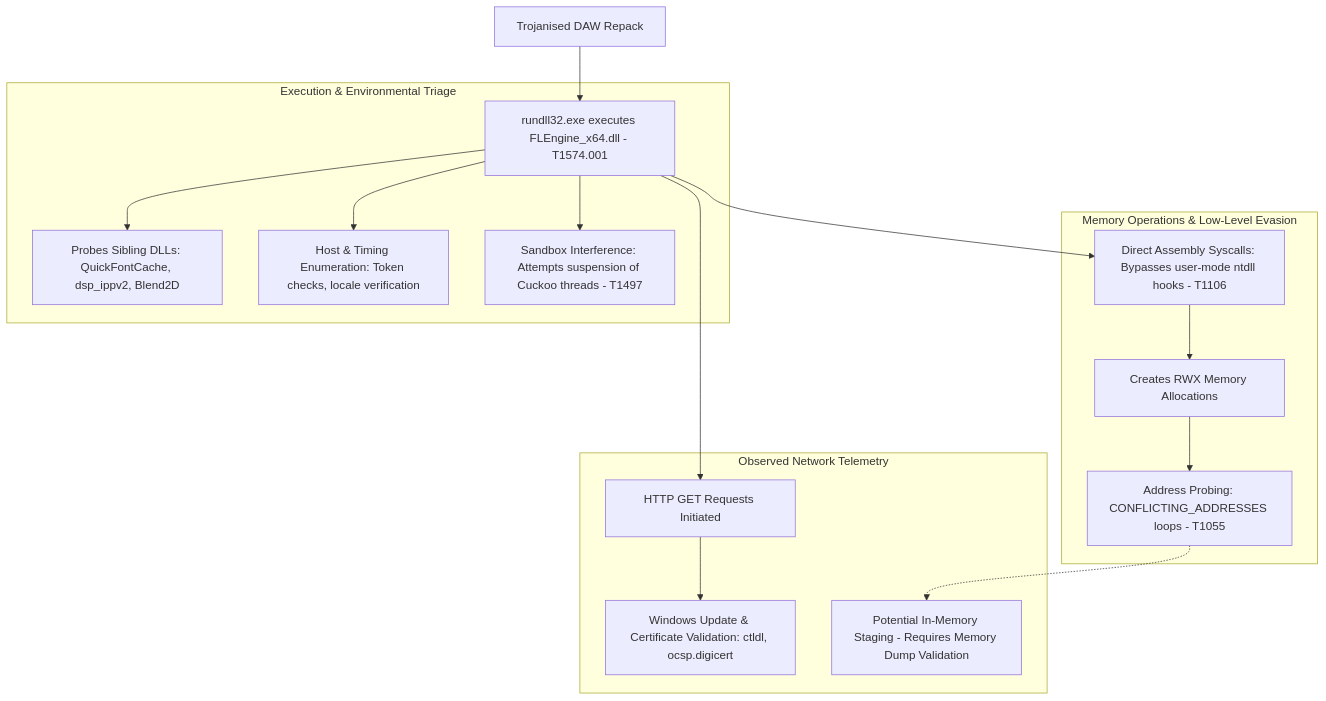
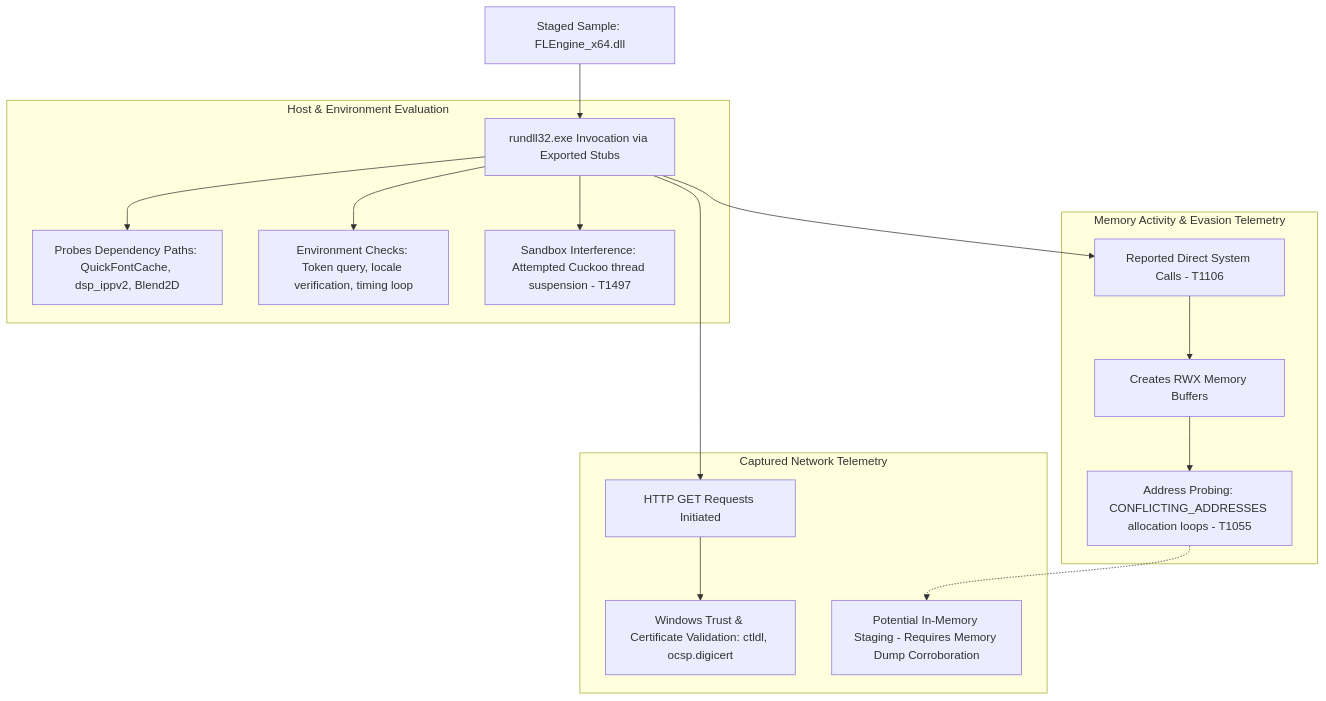
Before and after one commit to Hasslius/flengine-loader-threat-analysis: the diagram in README.md, drawn with Mermaid. The commit also changed other lines of this file, not shown here.

````diff
--- a/README.md
+++ b/README.md
@@ -51,22 +54,22 @@
 ```mermaid
 graph TD
-    A[Trojanised DAW Repack] --> B[rundll32.exe executes FLEngine_x64.dll - T1574.001]
+    A[Staged Sample: FLEngine_x64.dll] --> B[rundll32.exe Invocation via Exported Stubs]
     
-    subgraph Execution & Environmental Triage
-        B --> C[Probes Sibling DLLs: QuickFontCache, dsp_ippv2, Blend2D]
-        B --> D[Host & Timing Enumeration: Token checks, locale verification]
-        B --> E[Sandbox Interference: Attempts suspension of Cuckoo threads - T1497]
+    subgraph Host & Environment Evaluation
+        B --> C[Probes Dependency Paths: QuickFontCache, dsp_ippv2, Blend2D]
+        B --> D[Environment Checks: Token query, locale verification, timing loop]
+        B --> E[Sandbox Interference: Attempted Cuckoo thread suspension - T1497]
     end
 
-    subgraph Memory Operations & Low-Level Evasion
-        B --> F[Direct Assembly Syscalls: Bypasses user-mode ntdll hooks - T1106]
-        F --> G[Creates RWX Memory Allocations]
-        G --> H[Address Probing: CONFLICTING_ADDRESSES loops - T1055]
+    subgraph Memory Activity & Evasion Telemetry
+        B --> F[Reported Direct System Calls - T1106]
+        F --> G[Creates RWX Memory Buffers]
+        G --> H[Address Probing: CONFLICTING_ADDRESSES allocation loops - T1055]
     end
 
-    subgraph Observed Network Telemetry
+    subgraph Captured Network Telemetry
         B --> I[HTTP GET Requests Initiated]
-        I --> J[Windows Update & Certificate Validation: ctldl, ocsp.digicert]
-        H -.-> K[Potential In-Memory Staging - Requires Memory Dump Validation]
+        I --> J[Windows Trust & Certificate Validation: ctldl, ocsp.digicert]
+        H -.-> K[Potential In-Memory Staging - Requires Memory Dump Corroboration]
     end
 ```
````
